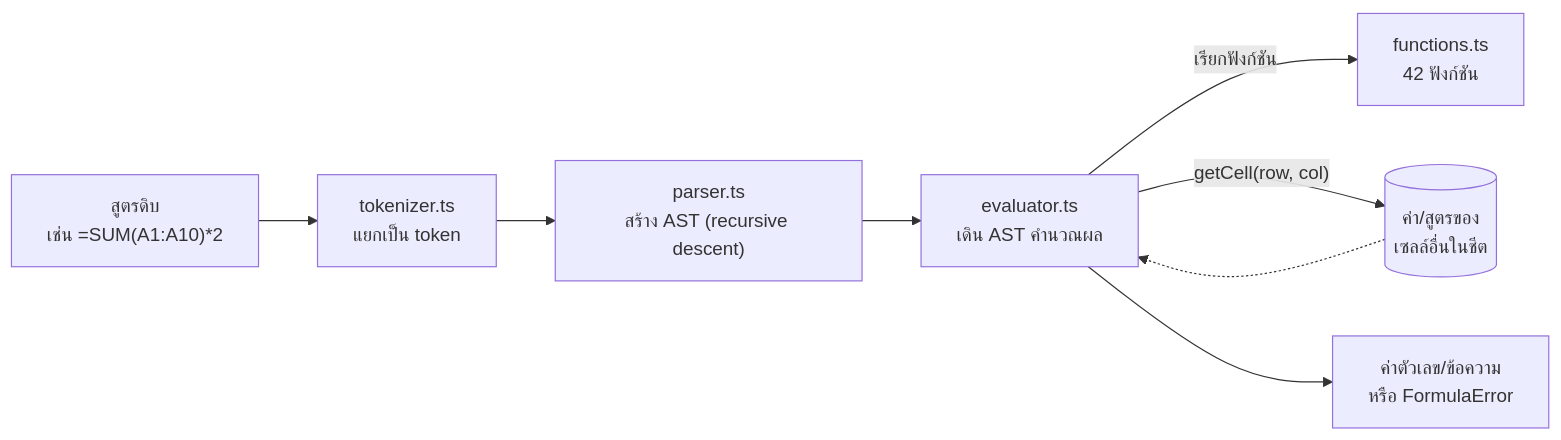
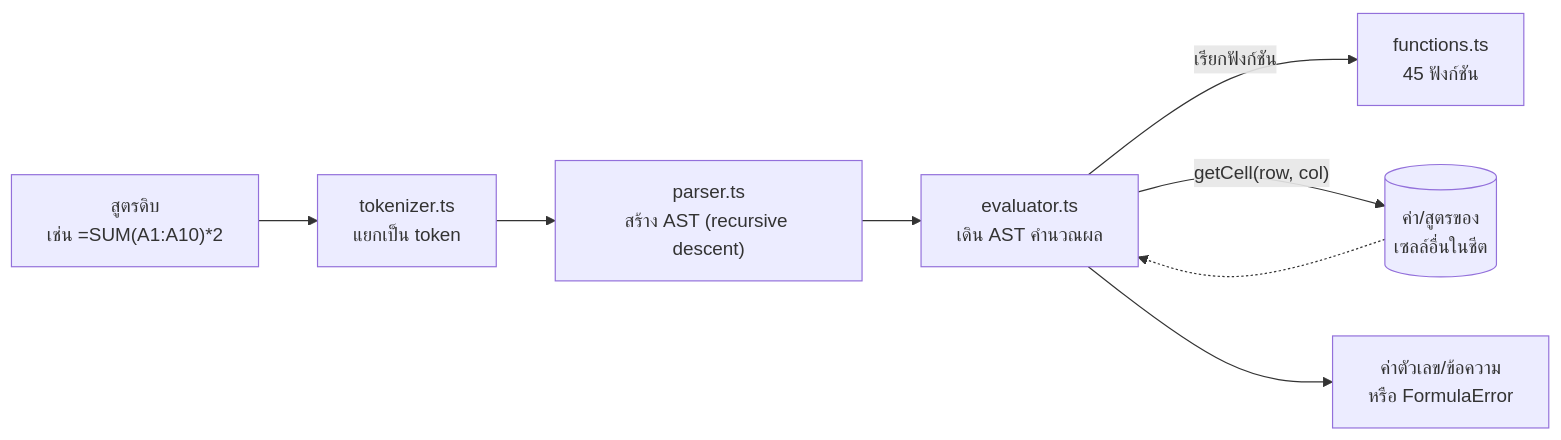
Before and after one commit to SuruchBoss/ExcelToGo: the third of 4 diagrams in README.md, drawn with Mermaid. The commit also changed other lines of this file and 8 other files, not shown here.

````diff
--- a/README.md
+++ b/README.md
@@ -753,10 +753,10 @@
 ```mermaid
 flowchart LR
     Raw["สูตรดิบ<br/>เช่น =SUM(A1:A10)*2"] --> Tok["tokenizer.ts<br/>แยกเป็น token"]
     Tok --> Par["parser.ts<br/>สร้าง AST (recursive descent)"]
     Par --> Eval["evaluator.ts<br/>เดิน AST คำนวณผล"]
-    Eval -->|"เรียกฟังก์ชัน"| Fn["functions.ts<br/>42 ฟังก์ชัน"]
+    Eval -->|"เรียกฟังก์ชัน"| Fn["functions.ts<br/>45 ฟังก์ชัน"]
     Eval -->|"getCell(row, col)"| Sheet[("ค่า/สูตรของ<br/>เซลล์อื่นในชีต")]
     Sheet -.-> Eval
     Eval --> Result["ค่าตัวเลข/ข้อความ<br/>หรือ FormulaError"]
 ```
````
